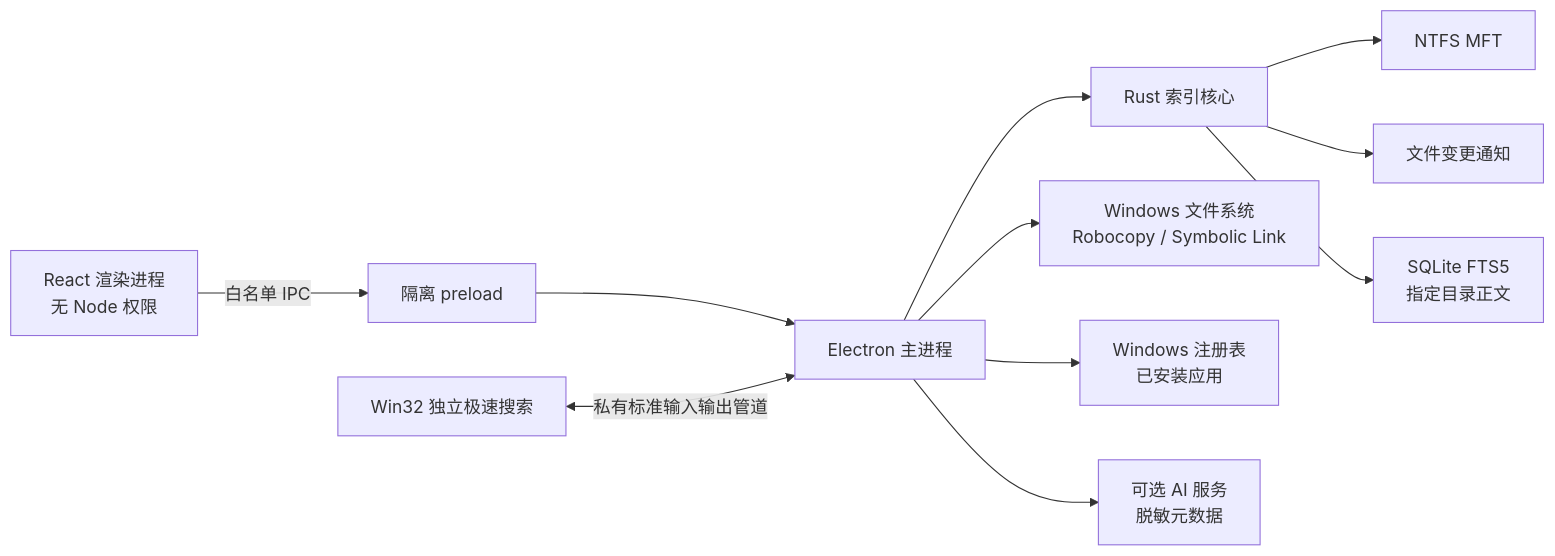
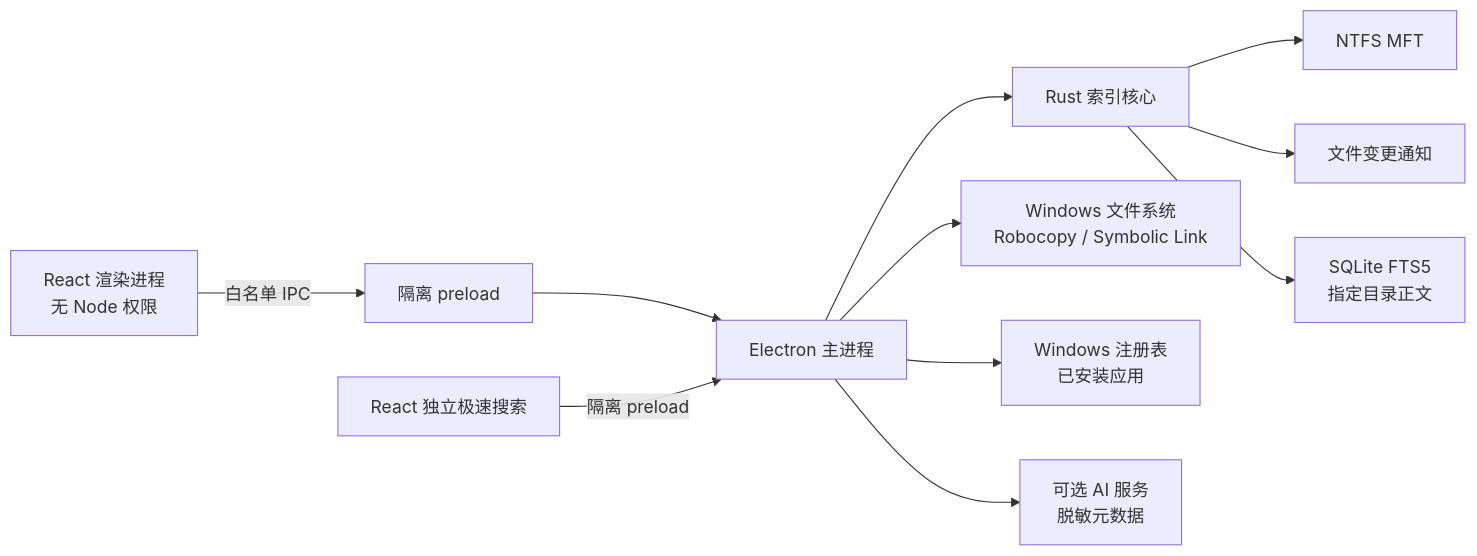
Before and after one commit to PuppetWen/CDriveShiftAI: the first of 2 diagrams in docs/ARCHITECTURE.md, drawn with Mermaid. The commit also changed other lines of this file and 31 other files, not shown here.

````diff
--- a/docs/ARCHITECTURE.md
+++ b/docs/ARCHITECTURE.md
@@ -5,13 +5,13 @@
 ```mermaid
 flowchart LR
   UI["React 渲染进程\n无 Node 权限"] -->|"白名单 IPC"| PRE["隔离 preload"]
   PRE --> MAIN["Electron 主进程"]
-  QUICK["Win32 独立极速搜索"] <-->|"私有标准输入输出管道"| MAIN
+  QUICK["React 独立极速搜索"] -->|"隔离 preload"| MAIN
   MAIN --> SEARCH["Rust 索引核心"]
   MAIN --> FS["Windows 文件系统\nRobocopy / Symbolic Link"]
   MAIN --> REG["Windows 注册表\n已安装应用"]
   MAIN --> AI["可选 AI 服务\n脱敏元数据"]
   SEARCH --> MFT["NTFS MFT"]
   SEARCH --> WATCH["文件变更通知"]
   SEARCH --> FTS["SQLite FTS5\n指定目录正文"]
 ```
````
